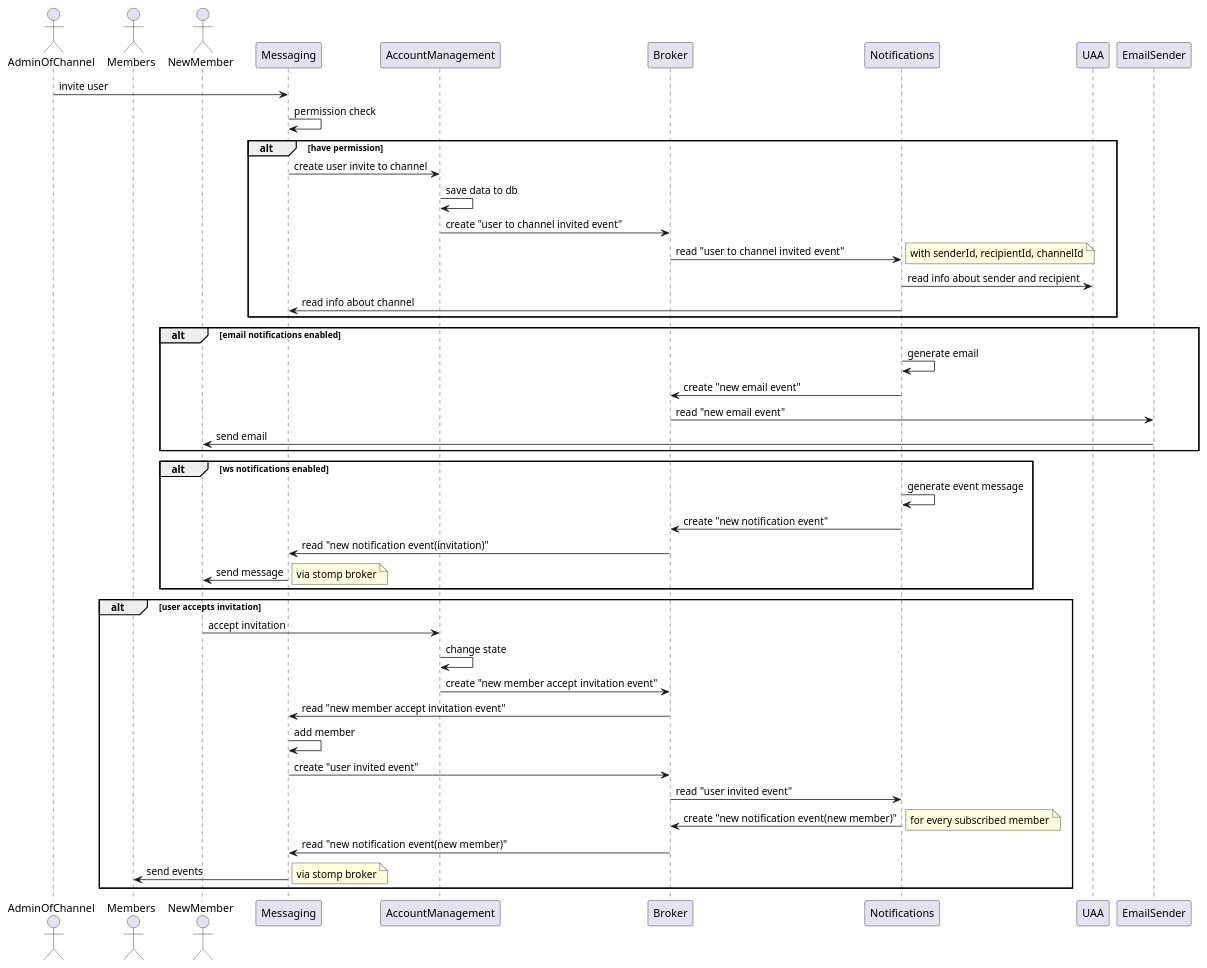
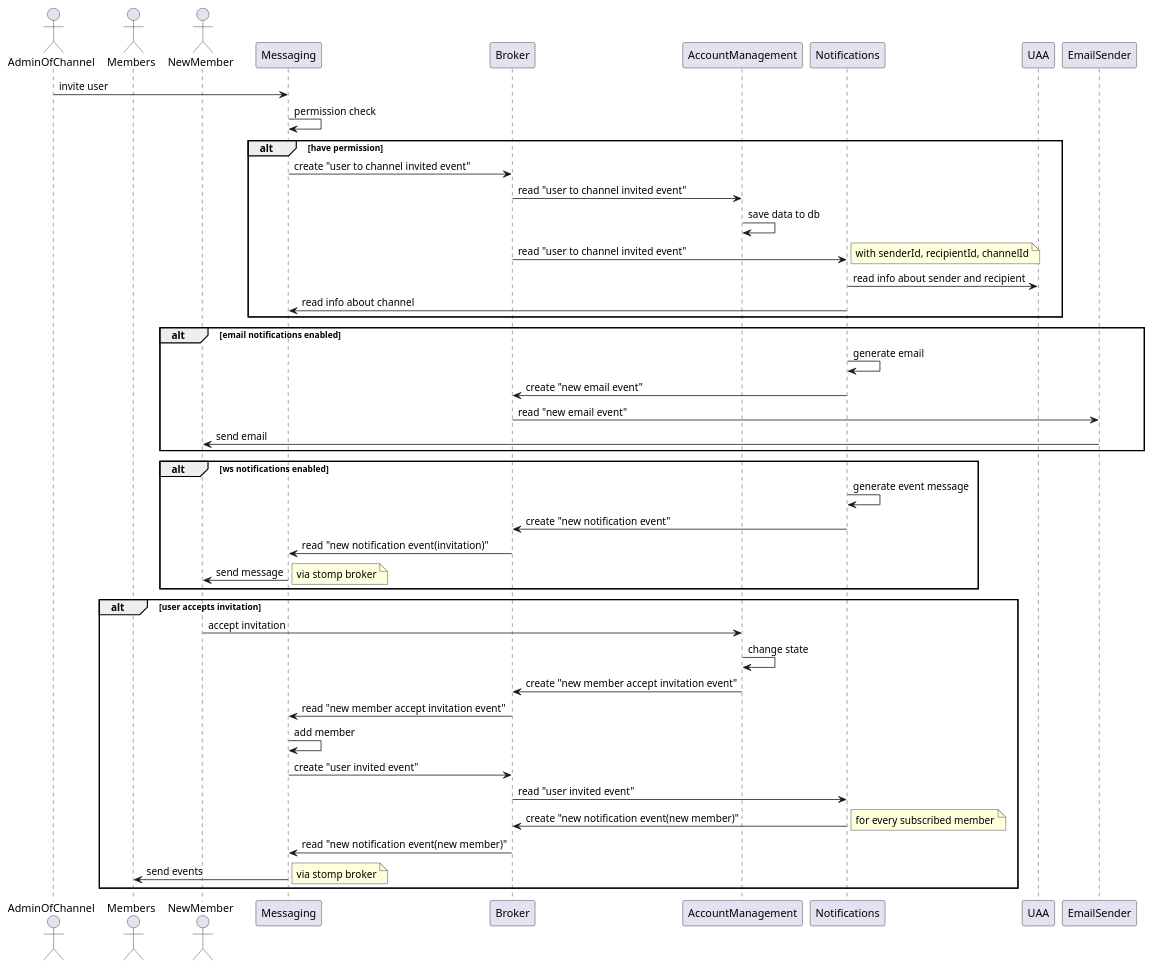
The diagram in uml/invite-user-to-channel.puml (punchat/docs), drawn with PlantUML before and after one commit.

Commit message:
"user to channel invited event" creator changed

```diff
--- a/uml/invite-user-to-channel.puml
+++ b/uml/invite-user-to-channel.puml
@@ -1,52 +1,52 @@
 @startuml
 
 actor AdminOfChannel
 actor Members
 actor NewMember
 
 
 AdminOfChannel -> Messaging: invite user
 Messaging -> Messaging: permission check
 alt have permission
-    Messaging -> AccountManagement: create user invite to channel
+    Messaging -> Broker: create "user to channel invited event"
+    Broker -> AccountManagement: read "user to channel invited event"
     AccountManagement -> AccountManagement: save data to db
-    AccountManagement -> Broker: create "user to channel invited event"
     Broker -> Notifications: read "user to channel invited event"
     note right: with senderId, recipientId, channelId
     Notifications -> UAA: read info about sender and recipient
     Notifications -> Messaging: read info about channel
 end
 
 alt email notifications enabled
     Notifications -> Notifications: generate email
     Notifications -> Broker: create "new email event"
     Broker -> EmailSender: read "new email event"
     EmailSender -> NewMember: send email
 end
 
 alt ws notifications enabled
     Notifications -> Notifications: generate event message
     Notifications -> Broker: create "new notification event"
     Broker -> Messaging: read "new notification event(invitation)"
     Messaging -> NewMember: send message
     note right: via stomp broker
 end
 
 alt user accepts invitation
     NewMember -> AccountManagement: accept invitation
     AccountManagement -> AccountManagement: change state
     AccountManagement -> Broker: create "new member accept invitation event"
     Broker -> Messaging: read "new member accept invitation event"
     Messaging -> Messaging : add member
     Messaging -> Broker: create "user invited event"
     Broker -> Notifications: read "user invited event"
     Notifications -> Broker: create "new notification event(new member)"
     note right
         for every subscribed member
     end note
     Broker -> Messaging: read "new notification event(new member)"
     Messaging -> Members: send events
     note right: via stomp broker
 end
 
 @enduml
```
